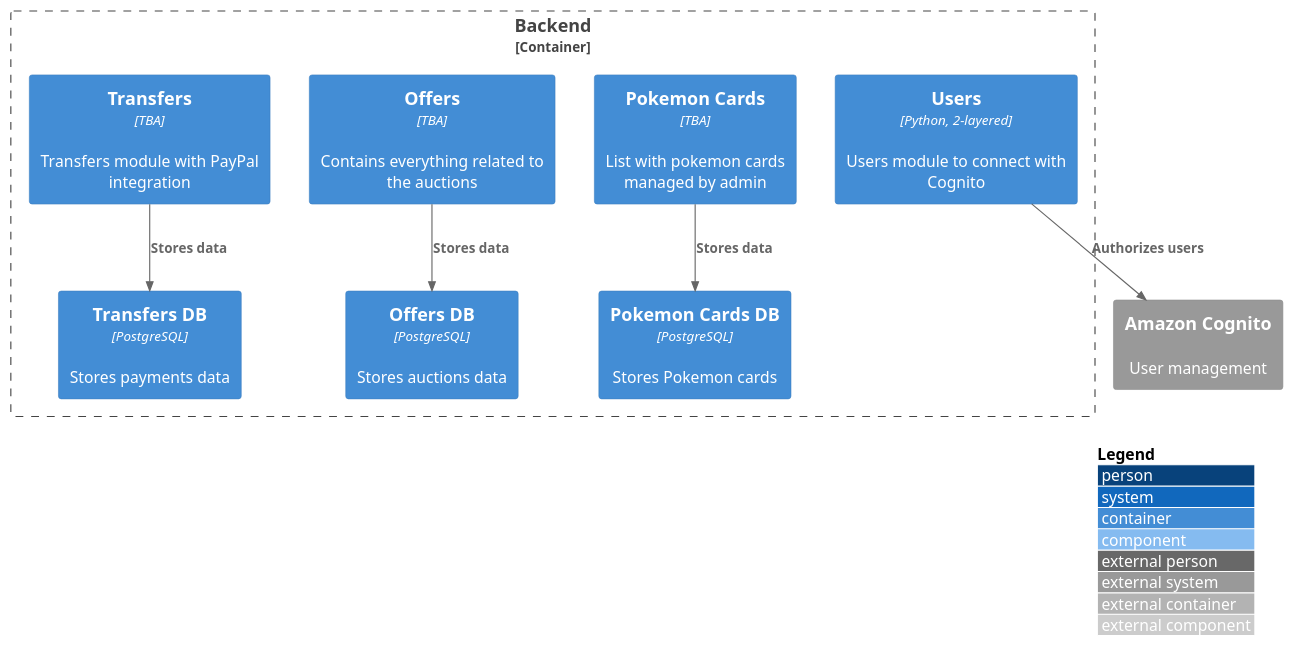
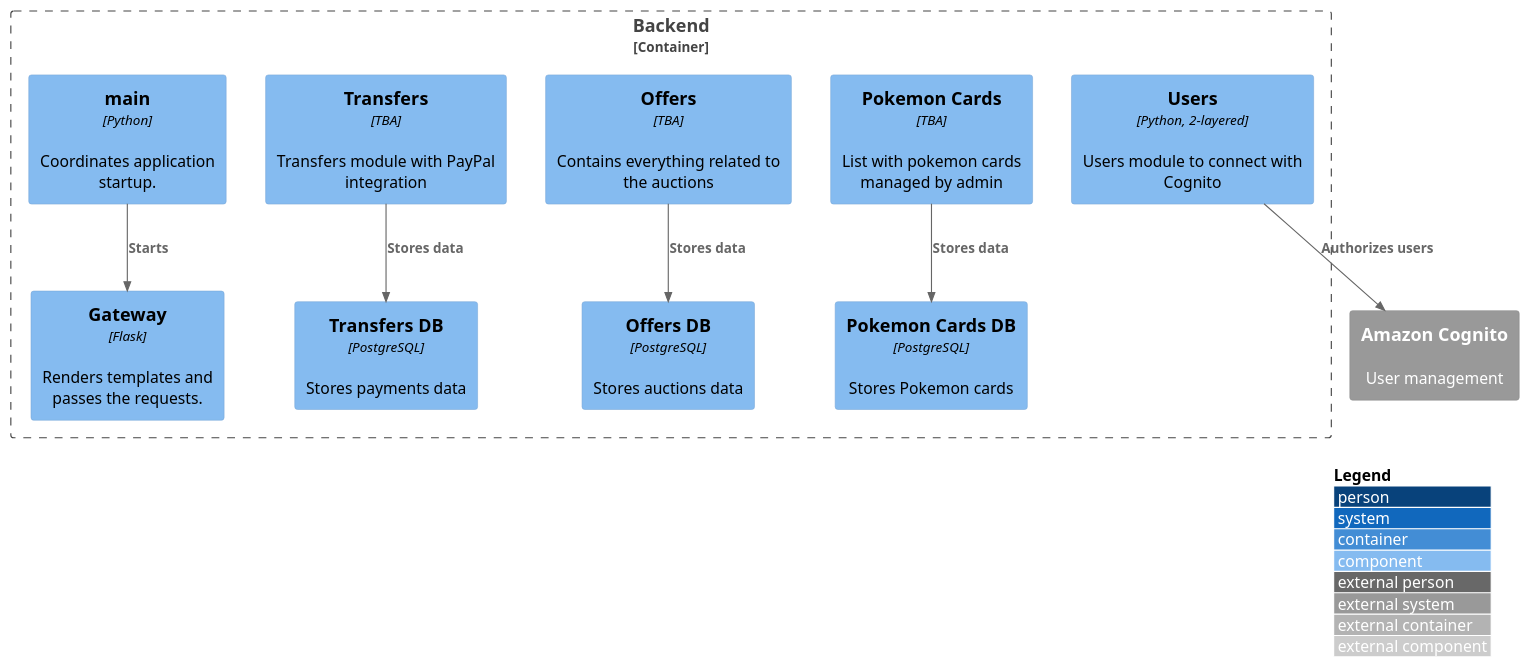
One commit to poke-cards-swap/poke-cards-swap-modular changed the diagram in docs/structure/PokeCards/Backend/container.puml. Above: the diagram before and after it, drawn with PlantUML.

Commit message:
Update C3 diagram

```diff
--- a/docs/structure/PokeCards/Backend/container.puml
+++ b/docs/structure/PokeCards/Backend/container.puml
@@ -1,27 +1,32 @@
 @startuml
 !include https://raw.githubusercontent.com/adrianvlupu/C4-PlantUML/latest/C4_Component.puml
 
 LAYOUT_WITH_LEGEND()
 
 System_Ext(cognito, "Amazon Cognito", "User management")
 
 Container_Boundary(pokemoncards, "Backend") {
-    Container(cards, "Pokemon Cards", "TBA", "List with pokemon cards managed by admin")
-    Container(cardsdb, "Pokemon Cards DB", "PostgreSQL", "Stores Pokemon cards")
+    Component(cards, "Pokemon Cards", "TBA", "List with pokemon cards managed by admin")
+    Component(cardsdb, "Pokemon Cards DB", "PostgreSQL", "Stores Pokemon cards")
 
-    Container(offers, "Offers", "TBA", "Contains everything related to the auctions")
-    Container(offersdb, "Offers DB", "PostgreSQL", "Stores auctions data")
+    Component(offers, "Offers", "TBA", "Contains everything related to the auctions")
+    Component(offersdb, "Offers DB", "PostgreSQL", "Stores auctions data")
 
-    Container(users, "Users", "Python, 2-layered", "Users module to connect with Cognito")
+    Component(users, "Users", "Python, 2-layered", "Users module to connect with Cognito")
 
-    Container(transfers, "Transfers", "TBA", "Transfers module with PayPal integration")
-    Container(transfersdb, "Transfers DB", "PostgreSQL", "Stores payments data")
+    Component(transfers, "Transfers", "TBA", "Transfers module with PayPal integration")
+    Component(transfersdb, "Transfers DB", "PostgreSQL", "Stores payments data")
+
+    Component(gateway, "Gateway", "Flask", "Renders templates and passes the requests.")
+    Component(main, "main", "Python", "Coordinates application startup.")
 
     Rel(cards, cardsdb, "Stores data")
     Rel(offers, offersdb, "Stores data")
     Rel(transfers, transfersdb, "Stores data")
+
+    Rel(main, gateway, "Starts")
 }
 
 Rel(users, cognito, "Authorizes users")
 
 @enduml
```
